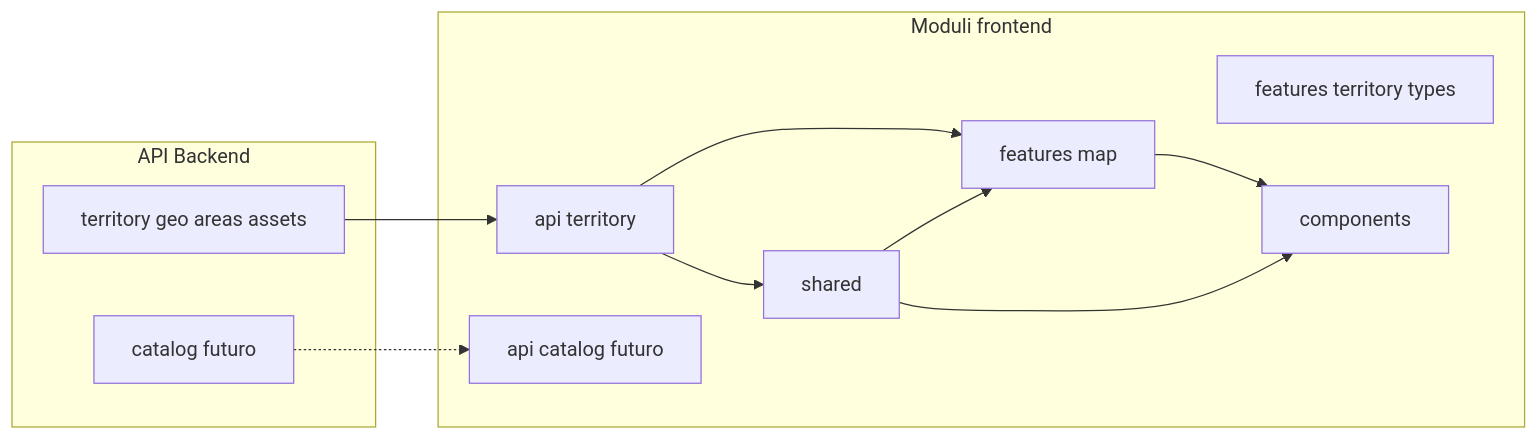
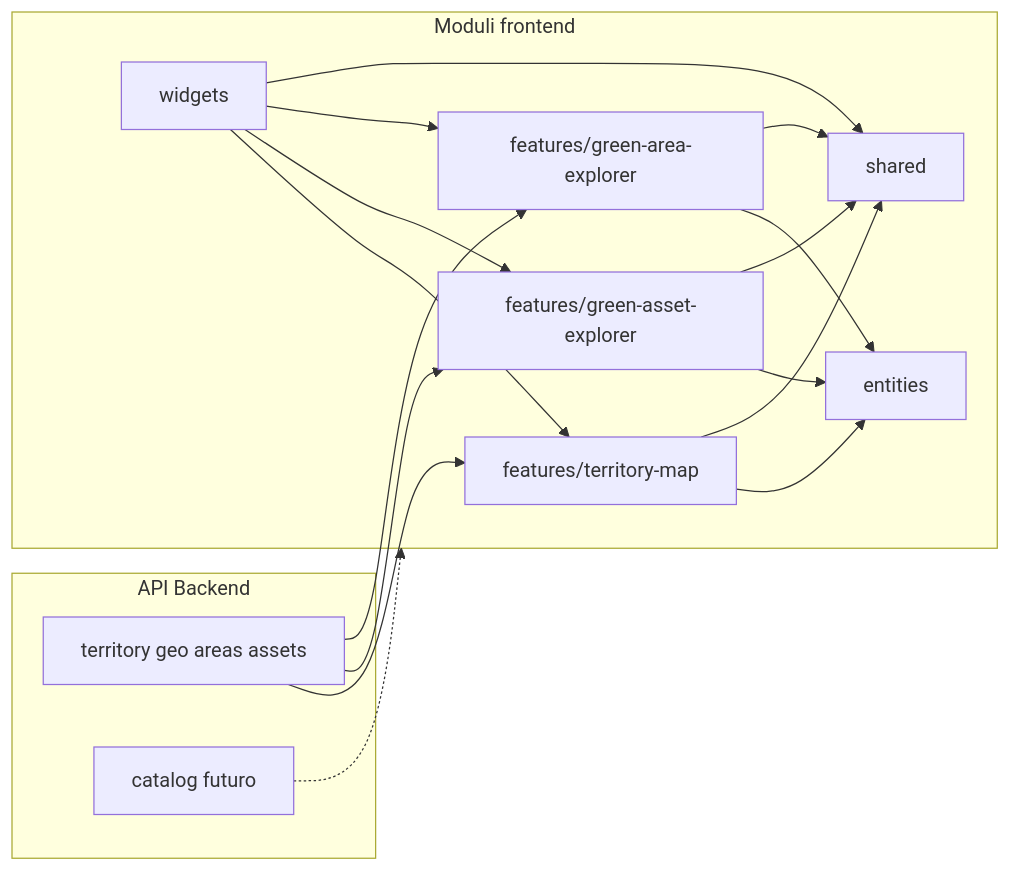
One commit to dany27041991/cadastre changed the first of 3 diagrams in frontend/docs/modular-package-structure.md. Above: the diagram before and after it, drawn with Mermaid. The commit also changed other lines of this file and 256 other files, not shown here.

````diff
--- a/frontend/docs/modular-package-structure.md
+++ b/frontend/docs/modular-package-structure.md
@@ -38,25 +39,33 @@
 ```mermaid
 flowchart LR
     subgraph BE["API Backend"]
         territory_api[territory geo areas assets]
         catalog_api["catalog futuro"]
     end
 
     subgraph FE["Moduli frontend"]
-        api_territory[api territory]
-        api_catalog["api catalog futuro"]
+        feat_territory_map[features/territory-map]
+        feat_green_asset[features/green-asset-explorer]
+        feat_green_area[features/green-area-explorer]
+        entities[entities]
         shared[shared]
-        features_map[features map]
-        features_territory[features territory types]
-        components[components]
+        widgets[widgets]
     end
 
-    territory_api --> api_territory
-    catalog_api -.-> api_catalog
+    territory_api --> feat_territory_map
+    territory_api --> feat_green_asset
+    territory_api --> feat_green_area
+    catalog_api -.-> FE
 
-    api_territory --> features_map
-    api_territory --> shared
-    shared --> features_map
-    shared --> components
-    features_map --> components
+    feat_territory_map --> entities
+    feat_territory_map --> shared
+    feat_green_asset --> entities
+    feat_green_asset --> shared
+    feat_green_area --> entities
+    feat_green_area --> shared
+
+    widgets --> feat_territory_map
+    widgets --> feat_green_asset
+    widgets --> feat_green_area
+    widgets --> shared
 ```
````
